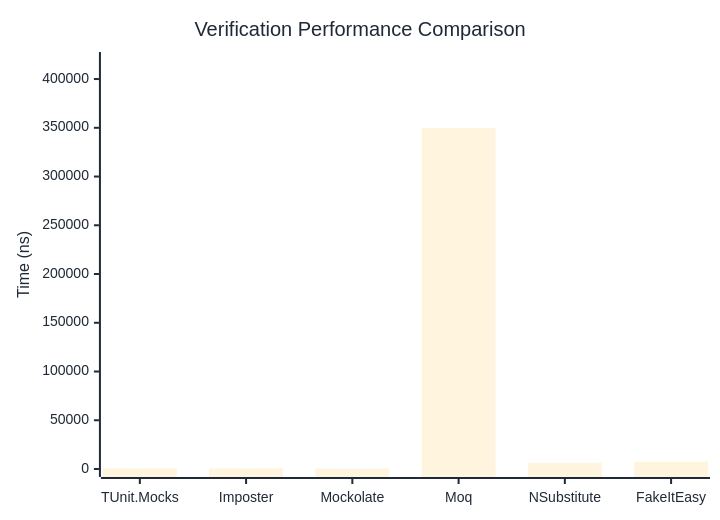
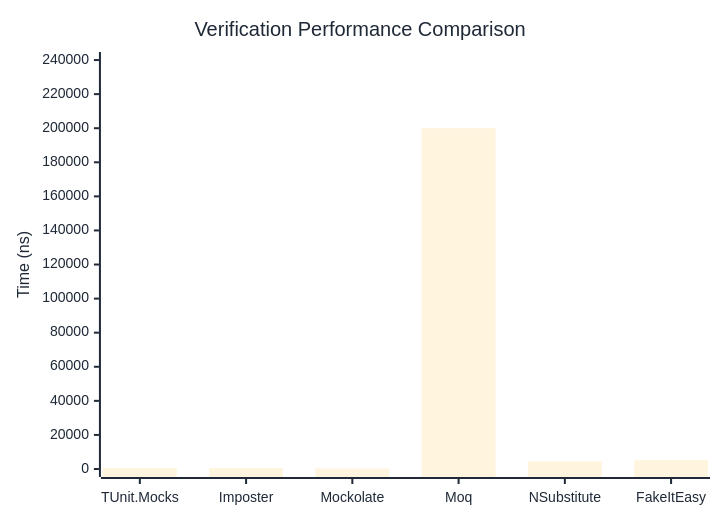
Before and after one commit to thomhurst/TUnit: the first of 3 diagrams in docs/docs/benchmarks/mocks/Verification.md, drawn with Mermaid. The commit also changed other lines of this file and 14 other files, not shown here.

````diff
--- a/docs/docs/benchmarks/mocks/Verification.md
+++ b/docs/docs/benchmarks/mocks/Verification.md
@@ -30,27 +30,27 @@
 ```mermaid
 %%{init: {
   'theme':'base',
   'themeVariables': {
     'primaryColor': '#2563eb',
     'primaryTextColor': '#1f2937',
     'primaryBorderColor': '#1e40af',
     'lineColor': '#6b7280',
     'secondaryColor': '#7c3aed',
     'tertiaryColor': '#dc2626',
     'background': '#ffffff',
     'pie1': '#2563eb',
     'pie2': '#7c3aed',
     'pie3': '#dc2626',
     'pie4': '#f59e0b',
     'pie5': '#10b981',
     'pie6': '#06b6d4',
     'pie7': '#ec4899',
     'pie8': '#6366f1'
   }
 }}%%
 xychart-beta
   title "Verification Performance Comparison"
   x-axis ["TUnit.Mocks", "Imposter", "Mockolate", "Moq", "NSubstitute", "FakeItEasy"]
-  y-axis "Time (ns)" 0 --> 419540
-  bar [715.93, 663.18, 426.5, 349616.36, 6322.41, 7513.14]
+  y-axis "Time (ns)" 0 --> 240033
+  bar [578.27, 528.42, 311.99, 200027.16, 4554.16, 5154.37]
 ```
````
